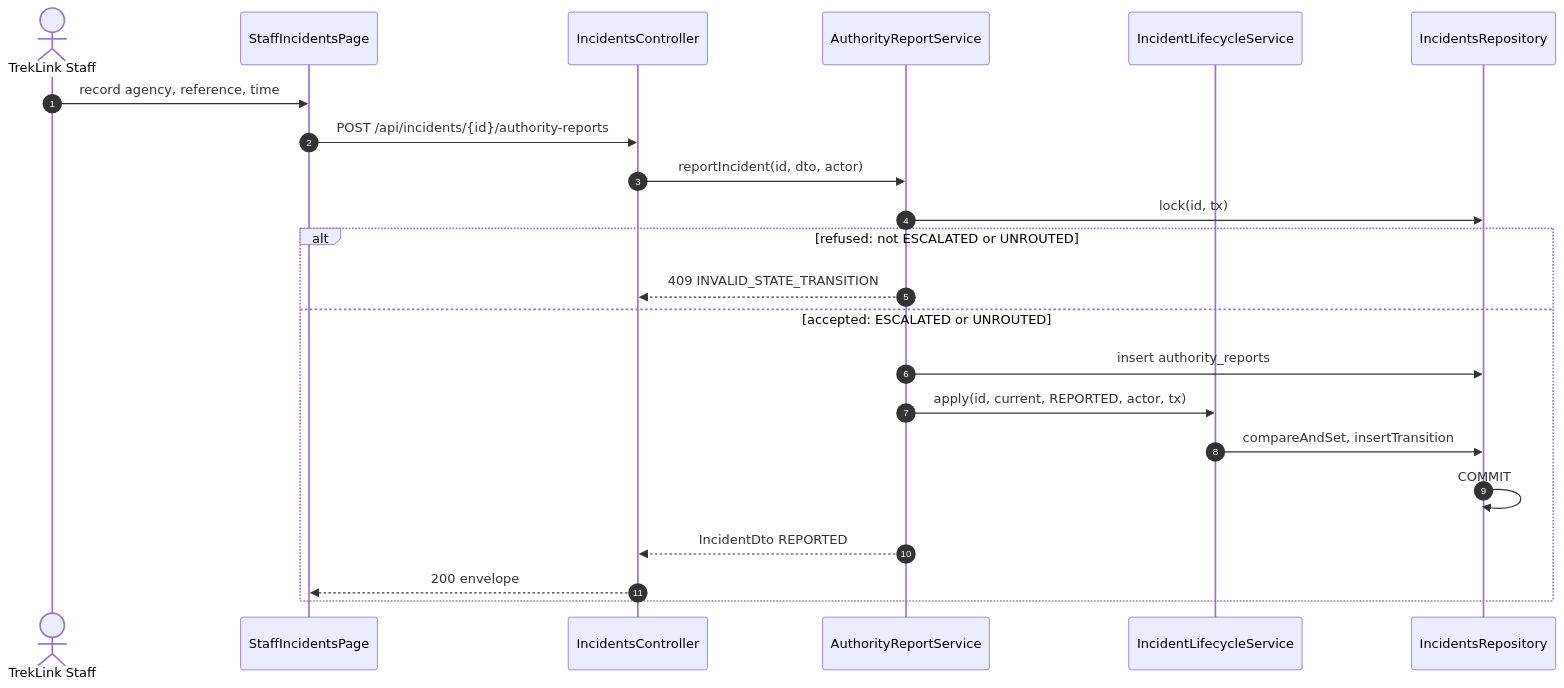
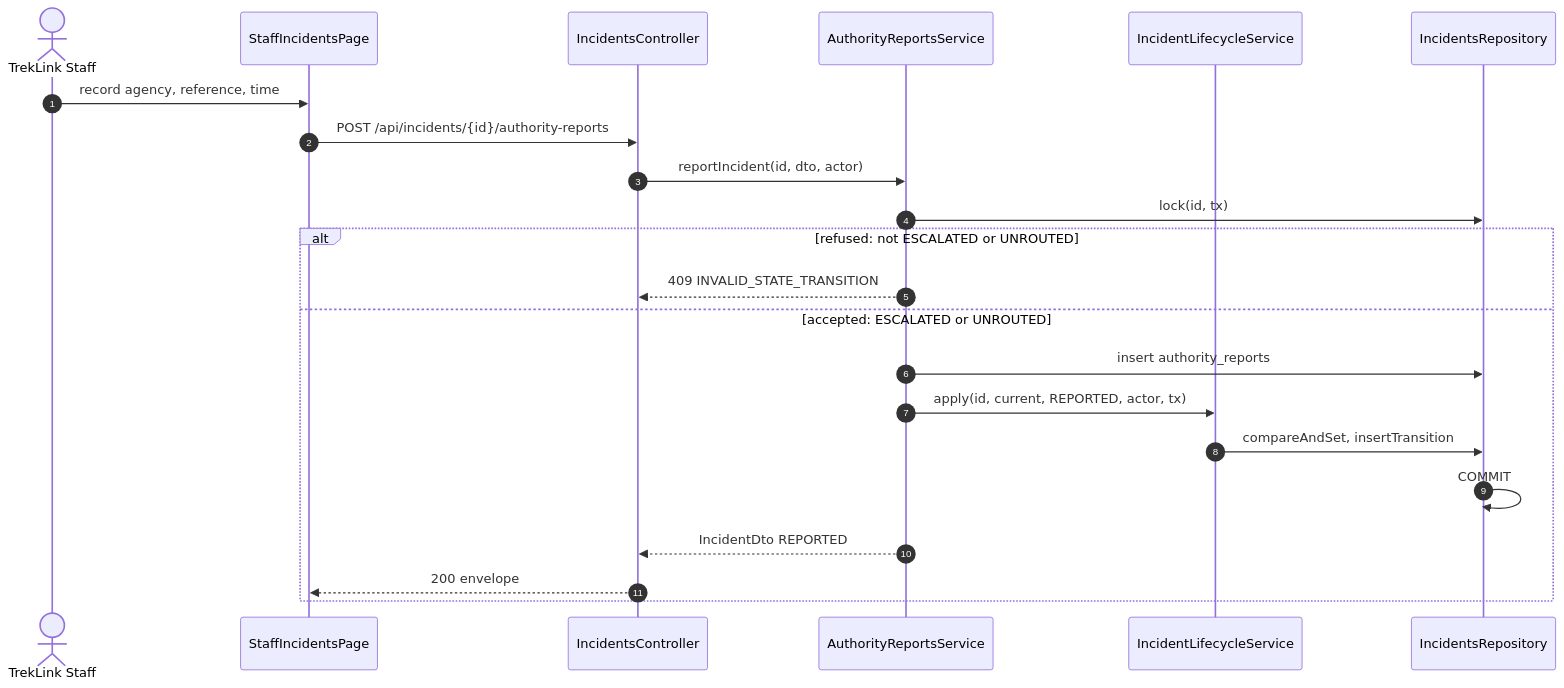
The tenth of 10 diagrams in specs/incidents/design.md (TrekLink-Team/treklink-web), drawn with Mermaid before and after one commit. The commit also changed other lines of this file and 5 other files, not shown here.

First line of the commit message:
docs: name the authority report service AuthorityReportsService in the incidents spec

````diff
--- a/specs/incidents/design.md
+++ b/specs/incidents/design.md
@@ -452,24 +452,24 @@
 ```mermaid
 sequenceDiagram
     autonumber
     actor St as TrekLink Staff
     participant P as StaffIncidentsPage
     participant C as IncidentsController
-    participant A as AuthorityReportService
+    participant A as AuthorityReportsService
     participant L as IncidentLifecycleService
     participant R as IncidentsRepository
     St->>P: record agency, reference, time
     P->>C: POST /api/incidents/{id}/authority-reports
     C->>A: reportIncident(id, dto, actor)
     A->>R: lock(id, tx)
     alt refused: not ESCALATED or UNROUTED
         A-->>C: 409 INVALID_STATE_TRANSITION
     else accepted: ESCALATED or UNROUTED
         A->>R: insert authority_reports
         A->>L: apply(id, current, REPORTED, actor, tx)
         L->>R: compareAndSet, insertTransition
         R->>R: COMMIT
         A-->>C: IncidentDto REPORTED
         C-->>P: 200 envelope
     end
 ```
````
